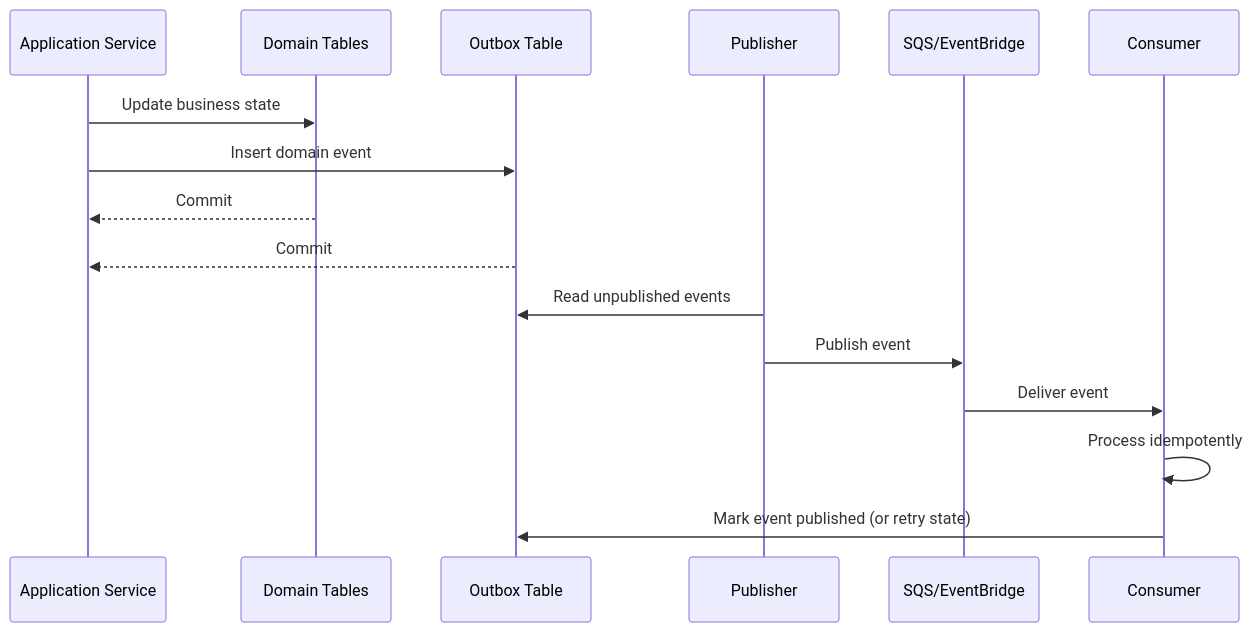
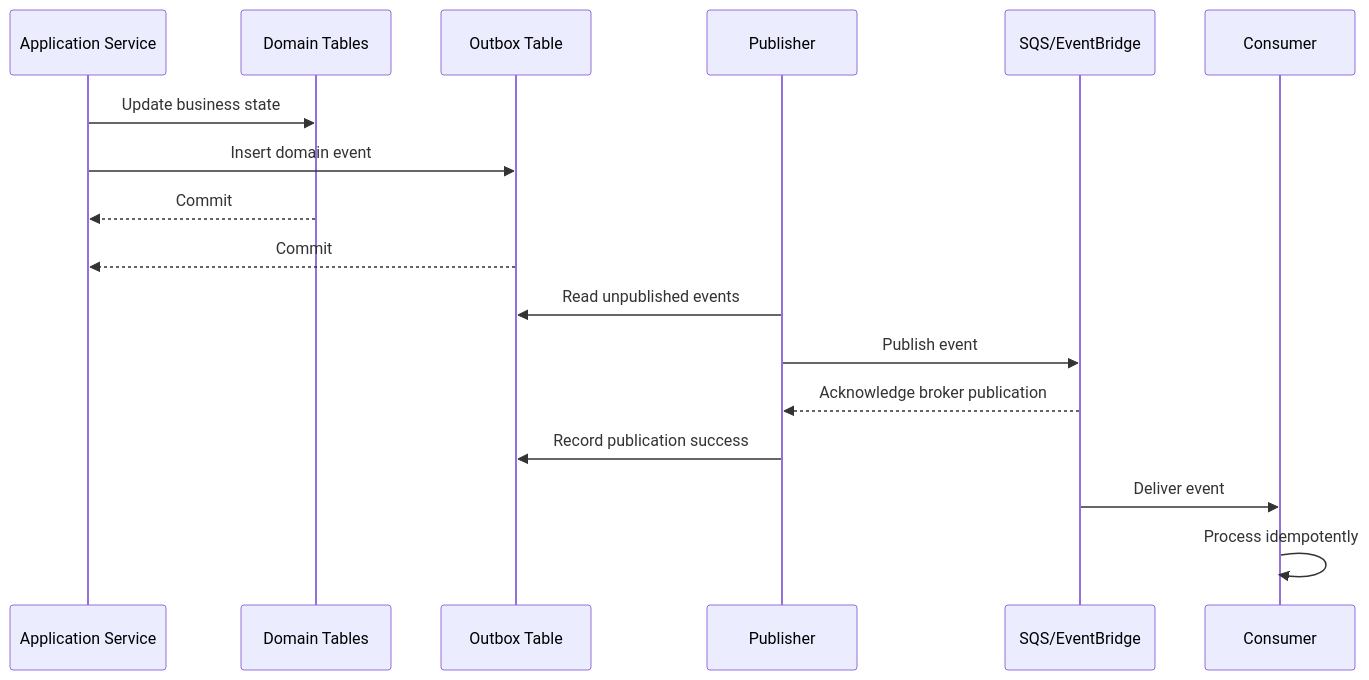
Before and after one commit to anshikuper/cheffybites: the diagram in docs/05-event-contracts.md, drawn with Mermaid. The commit also changed other lines of this file and 13 other files, not shown here.

Commit message:
Architecture baseline

````diff
--- a/docs/05-event-contracts.md
+++ b/docs/05-event-contracts.md
@@ -85,19 +221,20 @@
 ```mermaid
 sequenceDiagram
     participant A as Application Service
     participant D as Domain Tables
     participant O as Outbox Table
     participant P as Publisher
     participant Q as SQS/EventBridge
     participant C as Consumer
 
     A->>D: Update business state
     A->>O: Insert domain event
     D-->>A: Commit
     O-->>A: Commit
     P->>O: Read unpublished events
     P->>Q: Publish event
+    Q-->>P: Acknowledge broker publication
+    P->>O: Record publication success
     Q->>C: Deliver event
     C->>C: Process idempotently
-    C->>O: Mark event published (or retry state)
 ```
````
